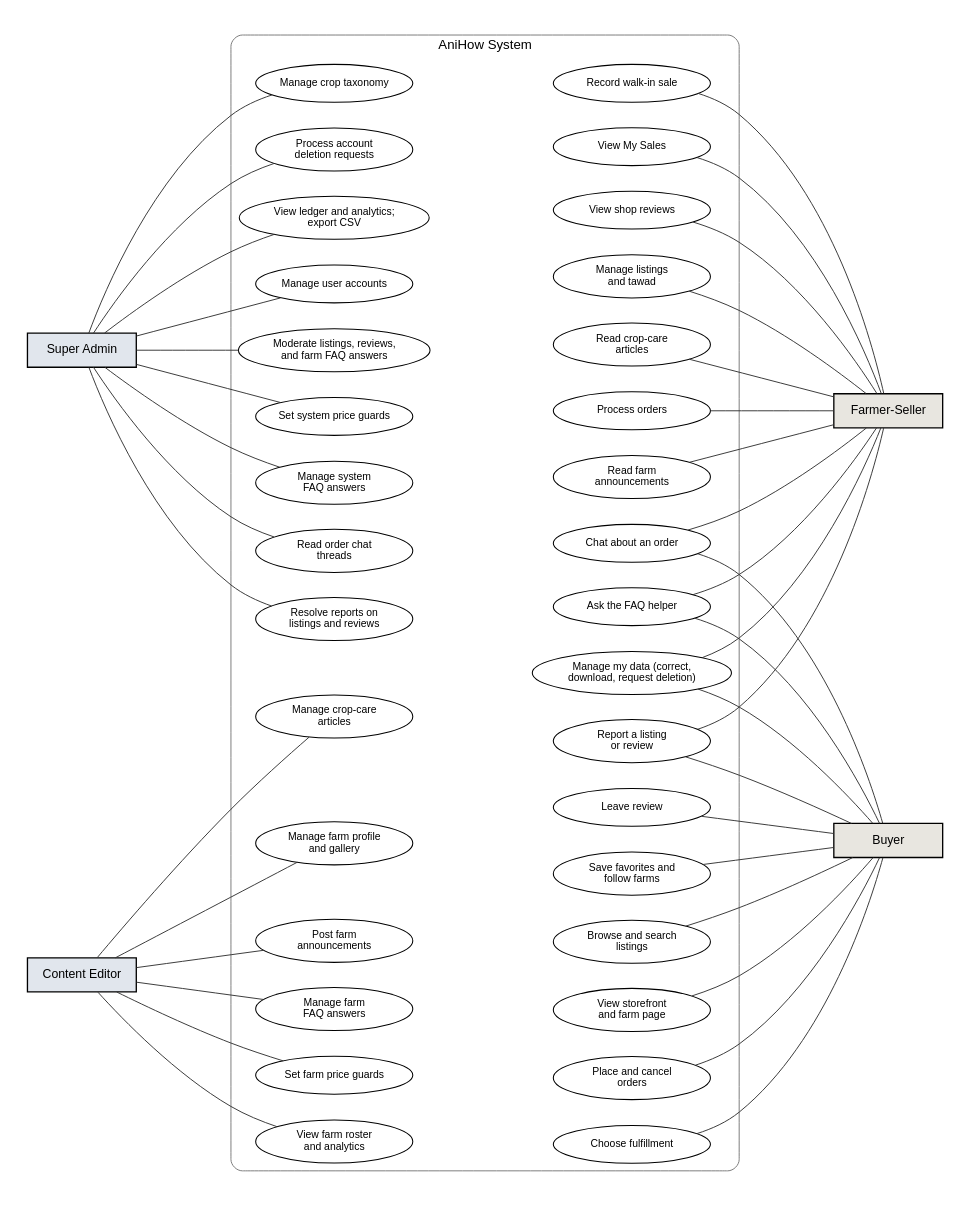
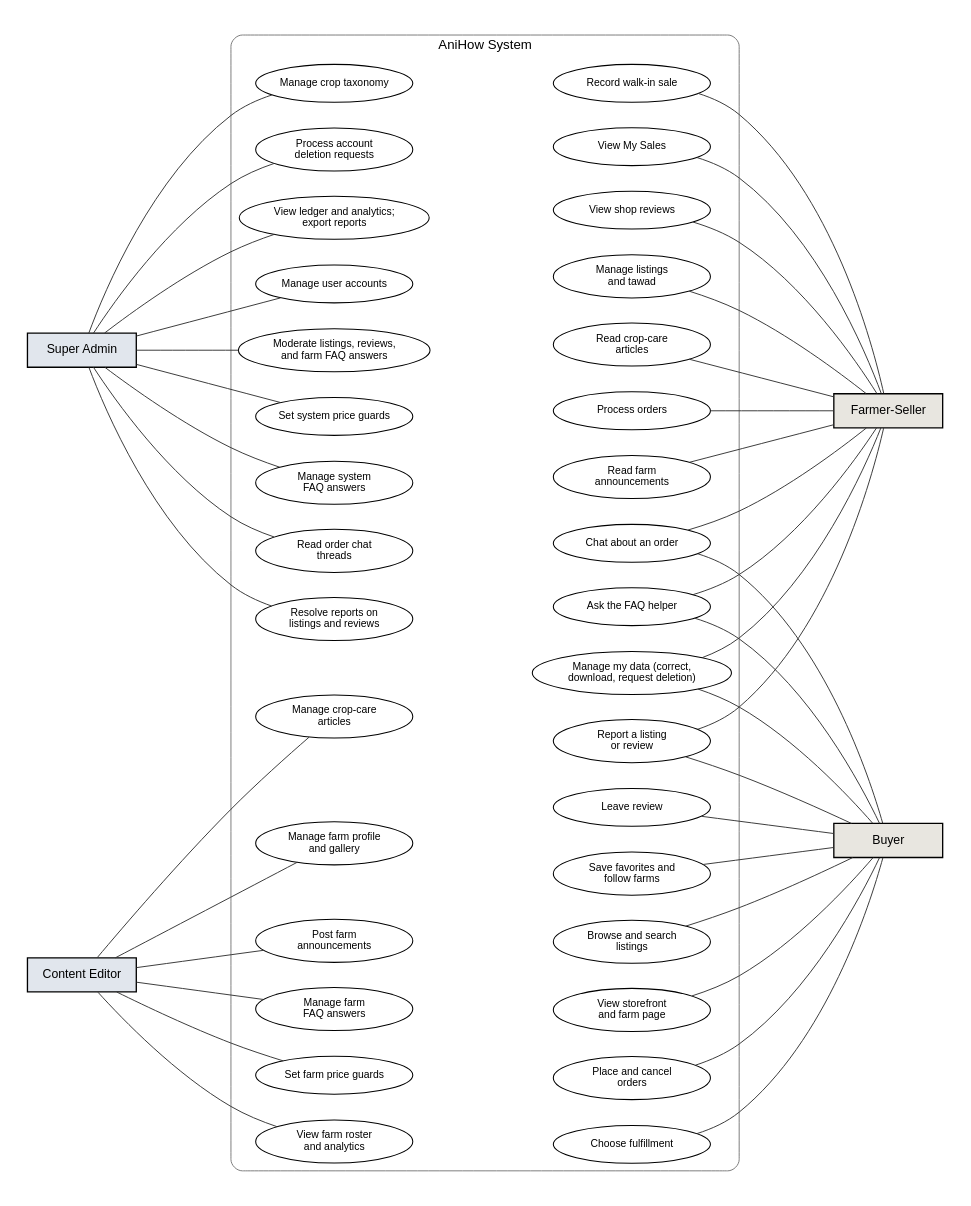
Before and after one commit to shawncastaneda11-commits/anihow-backend: the diagram in docs/manuscript/figures/src/fig5_use_case.dot, drawn with Graphviz. The commit also changed 16 other files, not shown here.

First line of the commit message:
Say exports and reports instead of CSV in the analytics figures

```diff
--- a/docs/manuscript/figures/src/fig5_use_case.dot
+++ b/docs/manuscript/figures/src/fig5_use_case.dot
@@ -1,75 +1,75 @@
 // Figure 5. Use case diagram of AniHow (v3.5, with content reports).
 digraph G {
   graph [rankdir=LR, nodesep=0.38, ranksep=1.5, pad=0.3, fontname="Liberation Sans", newrank=true, splines=spline];
   node  [fontname="Liberation Sans", fontsize=11];
   edge  [arrowhead=none, penwidth=1.0, color="#333333"];
 
   node [shape=box, style="filled", penwidth=1.4, fontsize=13, width=1.6];
   sa [label="Super Admin",    fillcolor="#E1E6ED"];
   ce [label="Content Editor", fillcolor="#E1E6ED"];
   fs [label="Farmer-Seller",  fillcolor="#E8E6E0"];
   by [label="Buyer",          fillcolor="#E8E6E0"];
 
   subgraph cluster_sys {
     label="AniHow System"; style="rounded"; color="#777777"; fontsize=14;
     node [shape=ellipse, style="solid", penwidth=1.1, width=2.3, height=0.55, fontsize=11];
 
     // Super Admin (CMS)
     sa1 [label="Manage user accounts"];
     sa2 [label="Set system price guards"];
     sa3 [label="Manage crop taxonomy"];
     sa4 [label="Moderate listings, reviews,\nand farm FAQ answers"];
     sa5 [label="Manage system\nFAQ answers"];
     sa6 [label="Process account\ndeletion requests"];
-    sa7 [label="View ledger and analytics;\nexport CSV"];
+    sa7 [label="View ledger and analytics;\nexport reports"];
     sa8 [label="Read order chat\nthreads"];
     sa9 [label="Resolve reports on\nlistings and reviews"];
 
     // Content Editor (CMS, own farm)
     ce1 [label="Manage crop-care\narticles"];
     ce2 [label="Manage farm profile\nand gallery"];
     ce3 [label="Post farm\nannouncements"];
     ce4 [label="Manage farm\nFAQ answers"];
     ce5 [label="Set farm price guards"];
     ce6 [label="View farm roster\nand analytics"];
 
     // Farmer-Seller (app)
     fs1 [label="Manage listings\nand tawad"];
     fs2 [label="Process orders"];
     fs3 [label="Record walk-in sale"];
     fs4 [label="Read crop-care\narticles"];
     fs5 [label="Read farm\nannouncements"];
     fs6 [label="View My Sales"];
     fs7 [label="View shop reviews"];
 
     // Shared by both app users
     sh1 [label="Chat about an order"];
     sh2 [label="Ask the FAQ helper"];
     sh3 [label="Manage my data (correct,\ndownload, request deletion)"];
     sh4 [label="Report a listing\nor review"];
 
     // Buyer (app)
     by1 [label="Browse and search\nlistings"];
     by2 [label="View storefront\nand farm page"];
     by3 [label="Place and cancel\norders"];
     by4 [label="Choose fulfillment"];
     by5 [label="Leave review"];
     by6 [label="Save favorites and\nfollow farms"];
   }
 
   sa -> {sa1 sa2 sa3 sa4 sa5 sa6 sa7 sa8 sa9};
   ce -> {ce1 ce2 ce3 ce4 ce5 ce6};
   {fs1 fs2 fs3 fs4 fs5 fs6 fs7 sh1 sh2 sh3 sh4} -> fs;
   {sh1 sh2 sh3 sh4 by1 by2 by3 by4 by5 by6} -> by;
 
   // two columns: CMS use cases (left) and app use cases (right)
   {rank=same; sa ce}
   {rank=same; sa1 sa2 sa3 sa4 sa5 sa6 sa7 sa8 sa9 ce1 ce2 ce3 ce4 ce5 ce6}
   {rank=same; fs1 fs2 fs3 fs4 fs5 fs6 fs7 sh1 sh2 sh3 sh4 by1 by2 by3 by4 by5 by6}
   {rank=same; fs by}
   edge [style=invis];
   sa1 -> fs1; sa2 -> fs2; sa3 -> fs3; sa4 -> fs4; sa5 -> fs5; sa6 -> fs6; sa7 -> fs7;
   sa8 -> sh1; sa9 -> sh2; ce1 -> sh3; ce2 -> sh4; ce3 -> by1; ce4 -> by2; ce5 -> by3; ce6 -> by4;
   sa1 -> sa2 -> sa3 -> sa4 -> sa5 -> sa6 -> sa7 -> sa8 -> sa9 -> ce1 -> ce2 -> ce3 -> ce4 -> ce5 -> ce6 [constraint=false];
   fs1 -> fs2 -> fs3 -> fs4 -> fs5 -> fs6 -> fs7 -> sh1 -> sh2 -> sh3 -> sh4 -> by1 -> by2 -> by3 -> by4 -> by5 -> by6 [constraint=false];
 }
```
